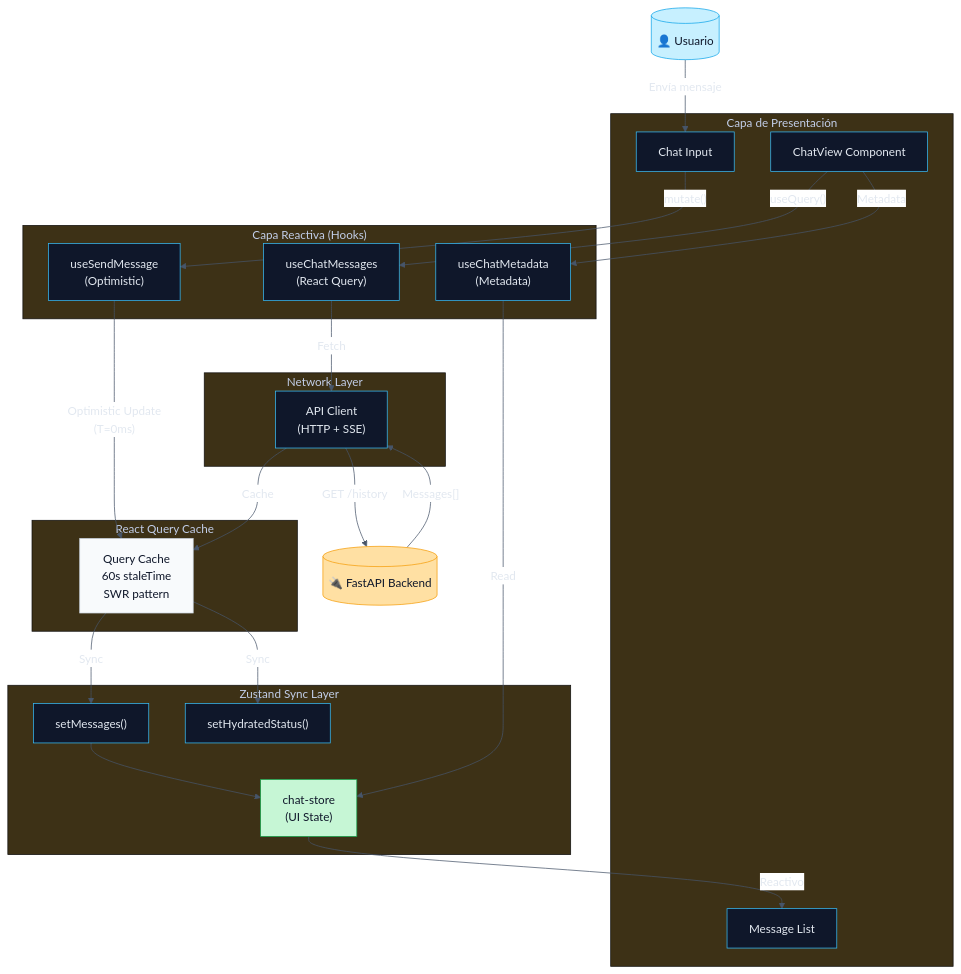
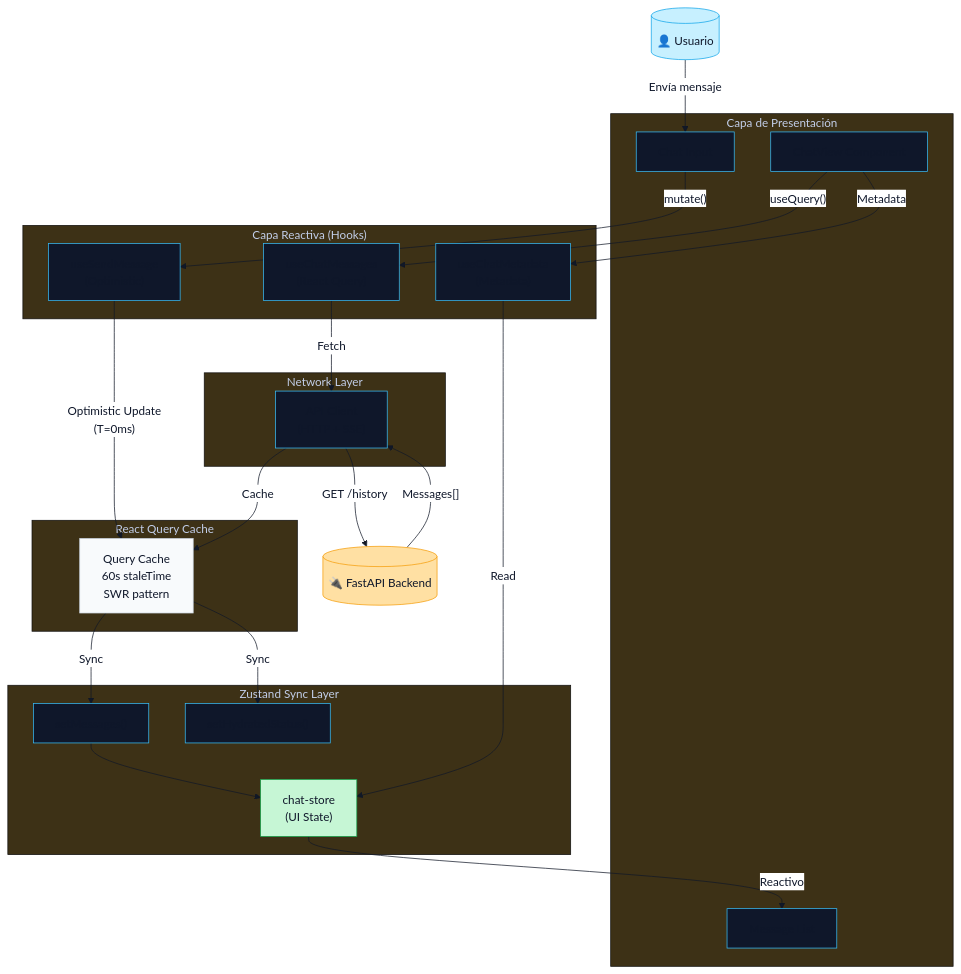
One commit to saptiva-ai/octavios-chat changed the fifth of 11 diagrams in README.md. Above: the diagram before and after it, drawn with Mermaid. The commit also changed other lines of this file, not shown here.

````diff
--- a/README.md
+++ b/README.md
@@ -764,55 +764,55 @@
 ```mermaid
-%%{init: {'theme': 'base', 'themeVariables': {'primaryColor': '#0f172a','primaryBorderColor': '#38bdf8','primaryTextColor': '#e2e8f0','lineColor': '#475569','textColor': '#1f2937','secondaryColor': '#ffffff','secondaryBorderColor': '#cbd5e1','secondaryTextColor': '#0f172a'}}}%%
+%%{init: {'theme': 'base', 'themeVariables': {'primaryColor': '#0f172a','primaryBorderColor': '#38bdf8','primaryTextColor': '#0f172a','lineColor': '#111827','textColor': '#111827','secondaryColor': '#ffffff','secondaryBorderColor': '#cbd5e1','secondaryTextColor': '#0f172a'}}}%%
 flowchart TB
     User[("👤 Usuario")]
 
     subgraph UI["Capa de Presentación"]
         ChatView["ChatView Component"]
         MessageList["Message List"]
         ChatInput["Chat Input"]
     end
 
     subgraph Reactive["Capa Reactiva (Hooks)"]
         useChatMessages["useChatMessages<br/>(React Query)"]
         useChatMetadata["useChatMetadata<br/>(Metadata)"]
         useSendMessage["useSendMessage<br/>(Optimistic)"]
     end
 
     subgraph Cache["React Query Cache"]
         QueryCache["Query Cache<br/>60s staleTime<br/>SWR pattern"]
     end
 
     subgraph Sync["Zustand Sync Layer"]
         ChatStore["chat-store<br/>(UI State)"]
         setMessages["setMessages()"]
         setHydrated["setHydratedStatus()"]
     end
 
     subgraph Network["Network Layer"]
         APIClient["API Client<br/>(HTTP + SSE)"]
     end
 
     Backend[("🔌 FastAPI Backend")]
 
     User -->|"Envía mensaje"| ChatInput
     ChatInput -->|"mutate()"| useSendMessage
     useSendMessage -->|"Optimistic Update<br/>(T=0ms)"| QueryCache
     QueryCache -->|"Sync"| setMessages
     setMessages --> ChatStore
     ChatStore -->|"Reactivo"| MessageList
 
     ChatView -->|"useQuery()"| useChatMessages
     useChatMessages -->|"Fetch"| APIClient
     APIClient -->|"GET /history"| Backend
     Backend -->|"Messages[]"| APIClient
     APIClient -->|"Cache"| QueryCache
     QueryCache -->|"Sync"| setHydrated
 
     ChatView -->|"Metadata"| useChatMetadata
     useChatMetadata -->|"Read"| ChatStore
 
     style User fill:#c7f0ff,stroke:#0ea5e9,color:#0f172a
     style Backend fill:#ffe0a3,stroke:#f59e0b,color:#0f172a
     style QueryCache fill:#f8fafc,stroke:#cbd5e1,color:#0f172a
     style ChatStore fill:#c6f6d5,stroke:#16a34a,color:#0f172a
 ```
````
